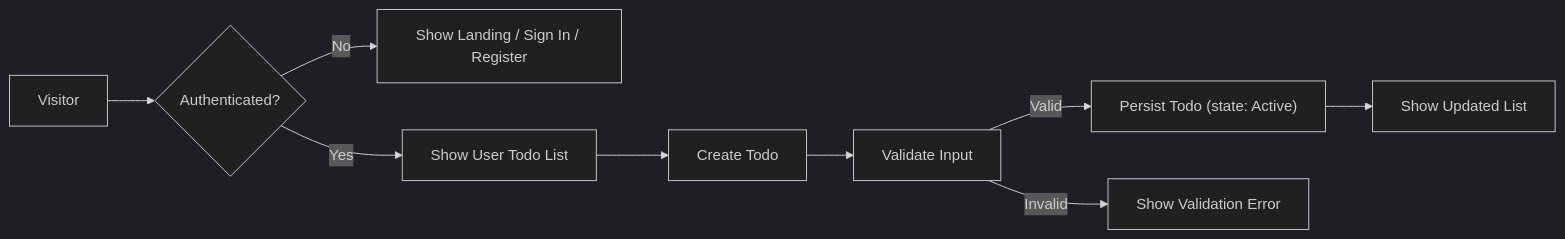
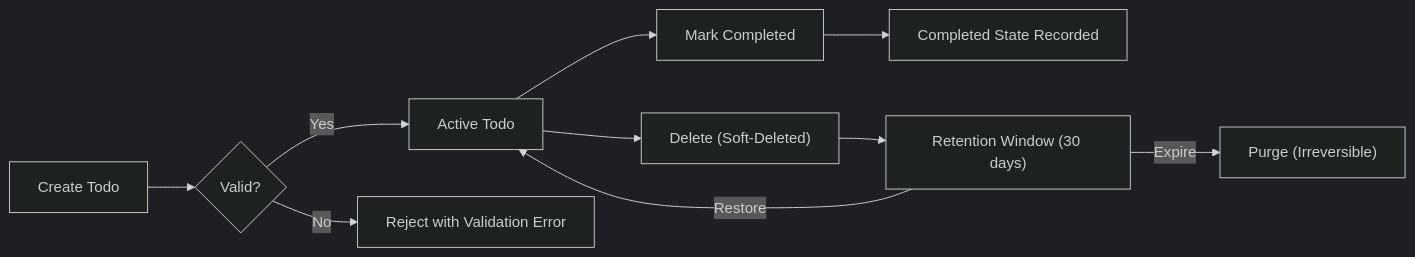
One commit to wrtnlabs/autobe-examples changed the second of 2 diagrams in openai/gpt-5-mini/todo/docs/analysis/01-service-overview.md. Above: the diagram before and after it, drawn with Mermaid (dark theme). The commit also changed other lines of this file and 16146 other files, not shown here.

````diff
--- a/openai/gpt-5-mini/todo/docs/analysis/01-service-overview.md
+++ b/openai/gpt-5-mini/todo/docs/analysis/01-service-overview.md
@@ -205,11 +179,12 @@
 ```mermaid
 graph LR
-  A["Visitor"] --> B{"Authenticated?"}
-  B -->|"No"| C["Show Landing / Sign In / Register"]
-  B -->|"Yes"| D["Show User Todo List"]
-  D --> E["Create Todo"]
-  E --> F["Validate Input"]
-  F -->|"Valid"| G["Persist Todo (state: Active)"]
-  F -->|"Invalid"| H["Show Validation Error"]
-  G --> I["Show Updated List"]
+  A["Create Todo"] --> B{"Valid?"}
+  B -->|"Yes"| C["Active Todo"]
+  B -->|"No"| D["Reject with Validation Error"]
+  C --> E["Mark Completed"]
+  E --> F["Completed State Recorded"]
+  C --> G["Delete (Soft-Deleted)"]
+  G --> H["Retention Window (30 days)"]
+  H -->|"Restore"| C
+  H -->|"Expire"| I["Purge (Irreversible)"]
 ```
````
